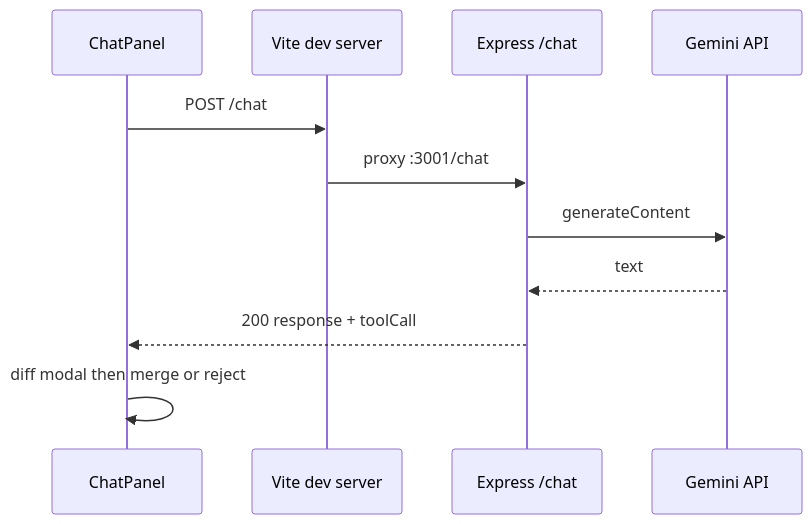
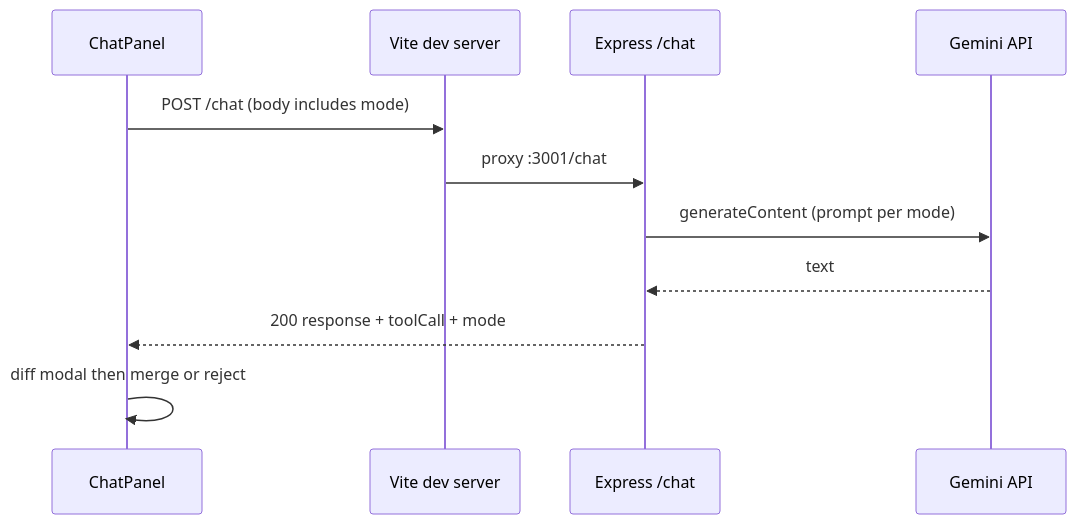
Before and after one commit to kugloff/coding-with-cursor: the diagram in README.md, drawn with Mermaid. The commit also changed other lines of this file and 9 other files, not shown here.

Commit message:
chat/agent mode, local storage, reset workspace button

````diff
--- a/README.md
+++ b/README.md
@@ -121,13 +129,13 @@
 ```mermaid
 sequenceDiagram
   participant UI as ChatPanel
   participant Vite as Vite dev server
   participant API as Express /chat
   participant Gemini as Gemini API
-  UI->>Vite: POST /chat
+  UI->>Vite: POST /chat (body includes mode)
   Vite->>API: proxy :3001/chat
-  API->>Gemini: generateContent
+  API->>Gemini: generateContent (prompt per mode)
   Gemini-->>API: text
-  API-->>UI: 200 response + toolCall
+  API-->>UI: 200 response + toolCall + mode
   UI->>UI: diff modal then merge or reject
 ```
````
